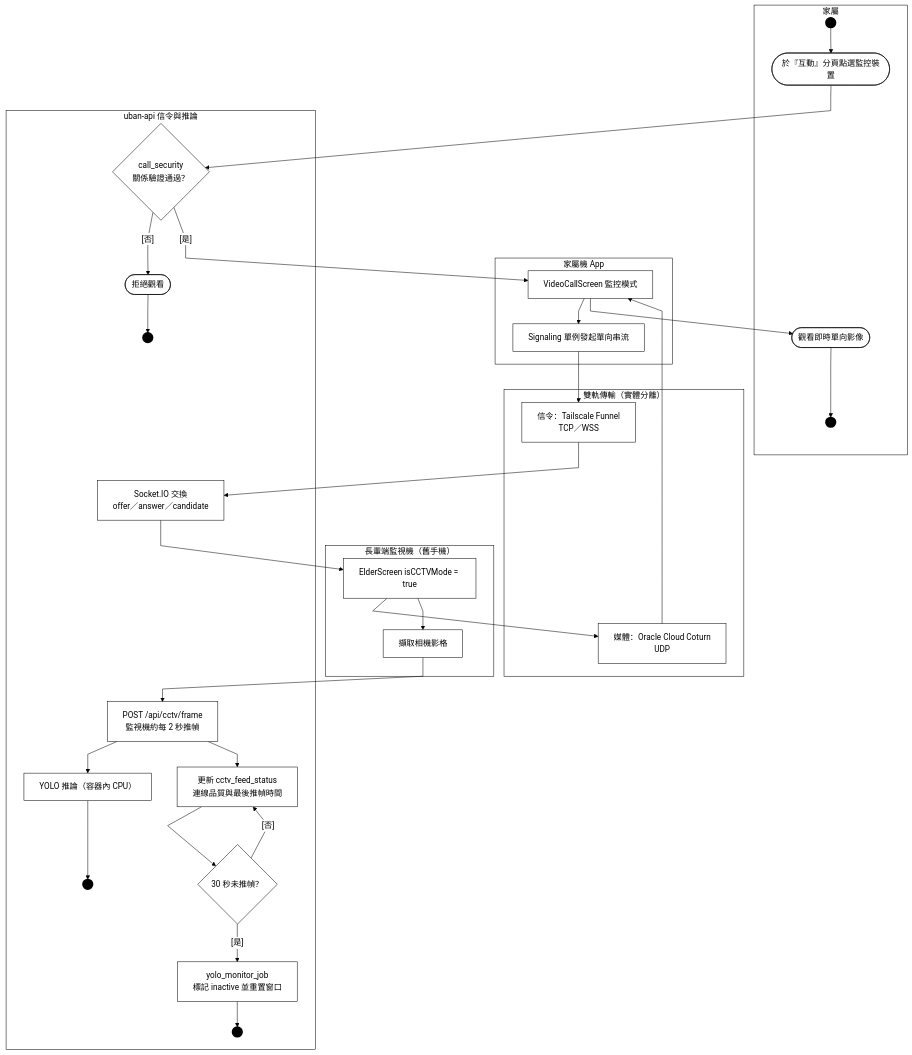
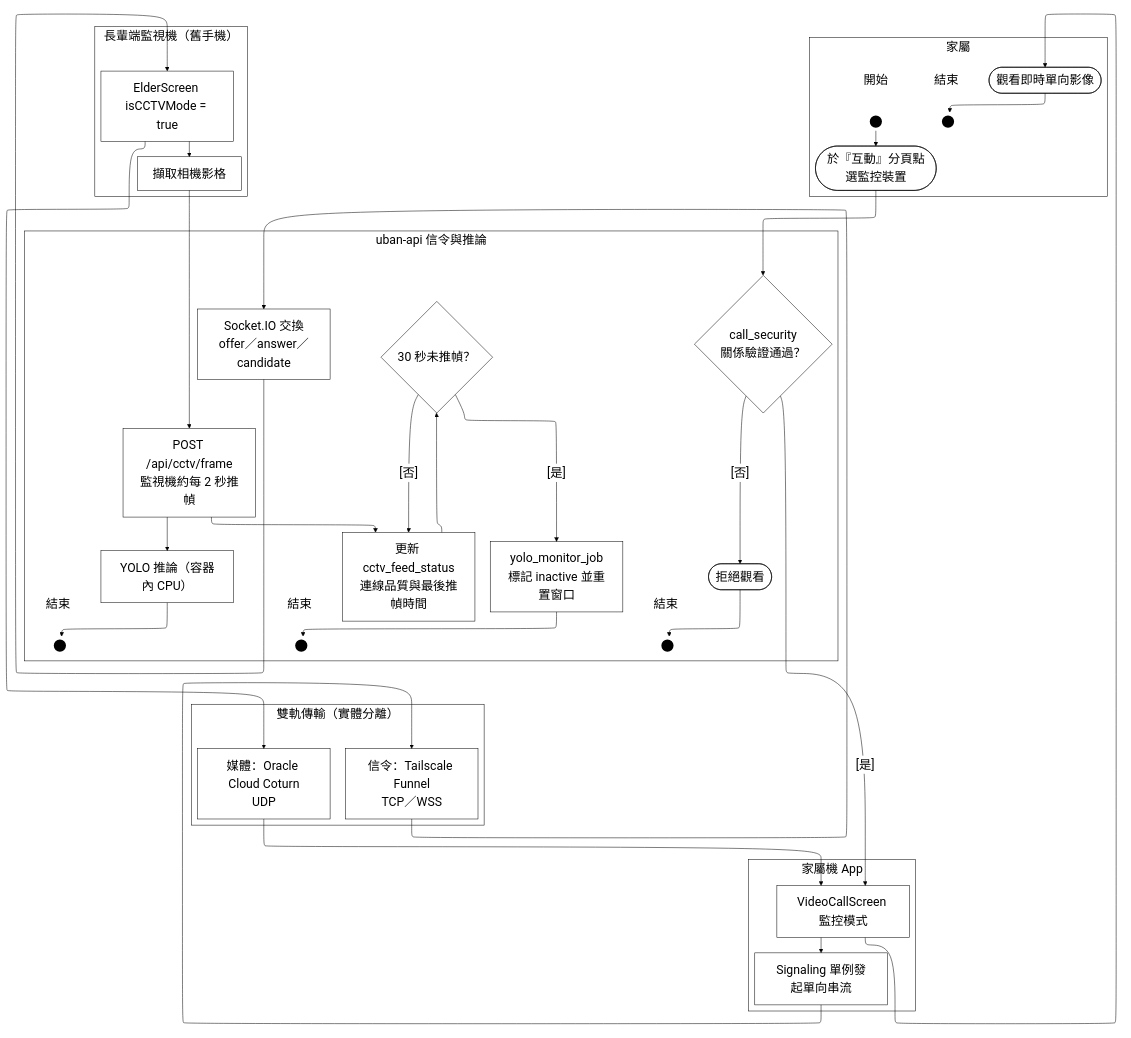
Before and after one commit to HuangYu-Kai/Uban: the diagram in Uban System Documents/mermaid原始碼/A15-長輩狀態監測.mmd, drawn with Mermaid. The commit also changed 37 other files, not shown here.

First line of the commit message:
圖表：改用 ELK 正交路由、字體放大到 24px、起訖點加上開始與結束標註

```diff
--- a/Uban System Documents/mermaid原始碼/A15-長輩狀態監測.mmd
+++ b/Uban System Documents/mermaid原始碼/A15-長輩狀態監測.mmd
@@ -1,61 +1,74 @@
-%%{init:{"flowchart":{"curve":"linear","htmlLabels":true},"themeVariables":{"clusterBkg":"#FFFFFF","clusterBorder":"#000000","edgeLabelBackground":"#FFFFFF","textColor":"#000000","nodeTextColor":"#000000","titleColor":"#000000","lineColor":"#000000"}}}%%
+%%{init:{"layout":"elk","elk":{"mergeEdges":false},"flowchart":{"htmlLabels":true},"themeVariables":{"clusterBkg":"#FFFFFF","clusterBorder":"#000000","edgeLabelBackground":"#FFFFFF","textColor":"#000000","nodeTextColor":"#000000","titleColor":"#000000","lineColor":"#000000","fontSize":"24px"}}}%%
 flowchart TD
   subgraph ROLE["家屬"]
+    LS_S1["開始"]:::lbl
     ST_S1(("&nbsp;")):::term
     S1([於『互動』分頁點選監控裝置]):::act
     S2(["觀看即時單向影像"]):::act
+    LE_S2["結束"]:::lbl
     EN_S2(("&nbsp;")):::term
   end
   subgraph FE["家屬機 App"]
     A1["VideoCallScreen 監控模式"]:::act
     A2["Signaling 單例發起單向串流"]:::act
   end
   subgraph FE2["長輩端監視機（舊手機）"]
     M1["ElderScreen isCCTVMode = true"]:::act
     M2["擷取相機影格"]:::act
   end
   subgraph BE["uban-api 信令與推論"]
     G0{"call_security<br/>關係驗證通過？"}:::dec
     B1["Socket.IO 交換<br/>offer／answer／candidate"]:::act
     B2["POST /api/cctv/frame<br/>監視機約每 2 秒推幀"]:::act
     B3["YOLO 推論（容器內 CPU）"]:::act
+    LE_B3["結束"]:::lbl
     EN_B3(("&nbsp;")):::term
     B4["更新 cctv_feed_status<br/>連線品質與最後推幀時間"]:::act
     B5{"30 秒未推幀？"}:::dec
     B6["yolo_monitor_job<br/>標記 inactive 並重置窗口"]:::act
+    LE_B6["結束"]:::lbl
     EN_B6(("&nbsp;")):::term
     X(["拒絕觀看"]):::act
+    LE_X["結束"]:::lbl
     EN_X(("&nbsp;")):::term
   end
   subgraph NET["雙軌傳輸（實體分離）"]
     N1["信令：Tailscale Funnel<br/>TCP／WSS"]:::act
     N2["媒體：Oracle Cloud Coturn<br/>UDP"]:::act
   end
 
+  LS_S1 ~~~ ST_S1
   ST_S1 --> S1
   S1 --> G0
   G0 -->|"[否]"| X
   G0 -->|"[是]"| A1
   A1 --> A2
   A2 --> N1
   N1 --> B1
   B1 --> M1
   M1 --> N2
   N2 --> A1
   A1 --> S2
   M1 --> M2
   M2 --> B2
   B2 --> B3
   B2 --> B4
   B4 --> B5
   B5 -->|"[是]"| B6
   B5 -->|"[否]"| B4
   S2 --> EN_S2
+  LE_S2 ~~~ EN_S2
   B3 --> EN_B3
+  LE_B3 ~~~ EN_B3
   B6 --> EN_B6
+  LE_B6 ~~~ EN_B6
   X --> EN_X
+  LE_X ~~~ EN_X
+  %% 鎖住泳道順序：ELK 不照宣告順序排，沒有這條鏈後端會跑到最上面
+  ROLE ~~~ FE ~~~ FE2 ~~~ BE ~~~ NET
 
   classDef act  fill:#FFFFFF,stroke:#000000,stroke-width:1px,color:#000000
   classDef dec  fill:#FFFFFF,stroke:#000000,stroke-width:1px,color:#000000
   classDef term fill:#000000,stroke:#000000,stroke-width:3px,color:#000000
   classDef gap  fill:#FFFFFF,stroke:#000000,stroke-width:1px,color:#000000,stroke-dasharray:4 3
+  classDef lbl  fill:none,stroke:none,color:#000000
```
